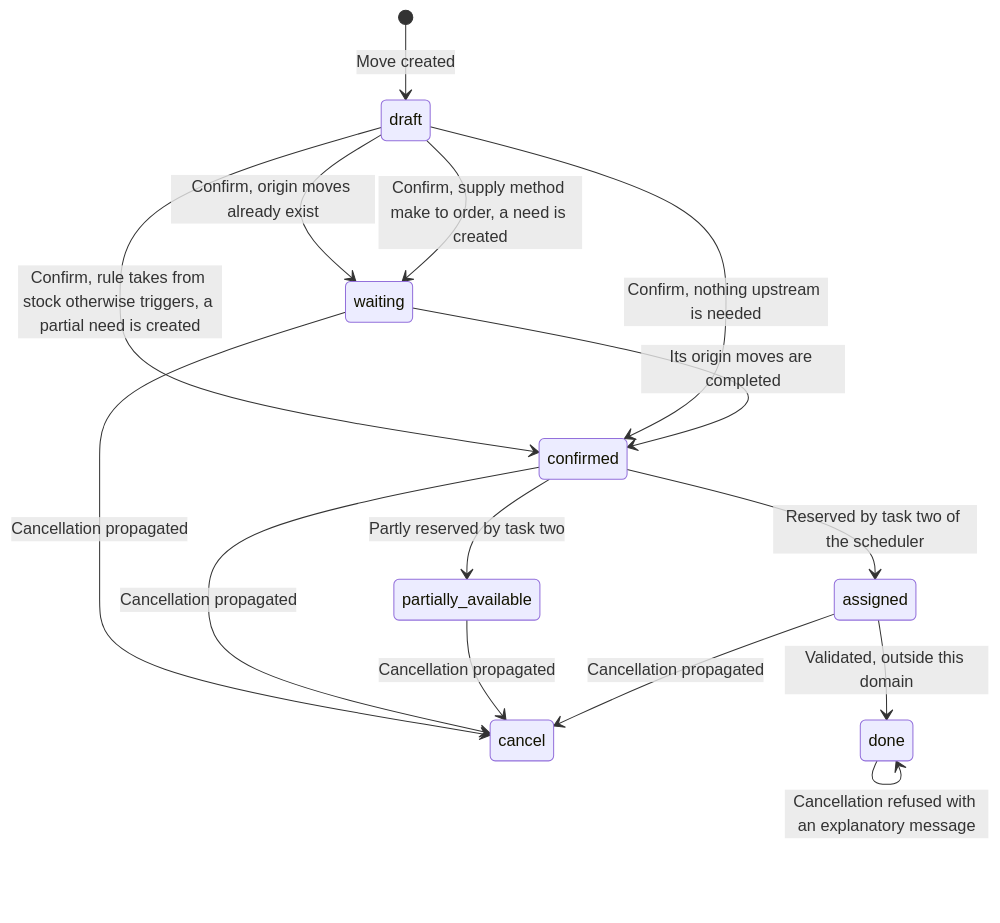
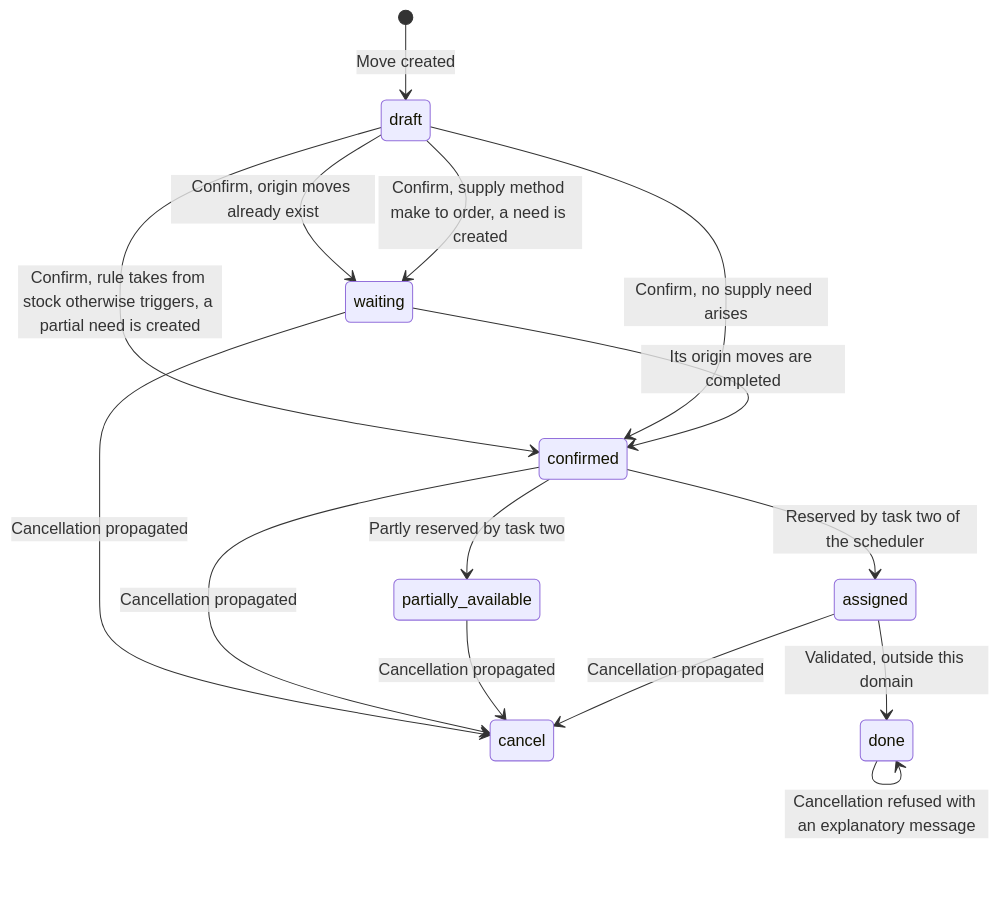
Diagram 19 of 30 in docs/domains/replenishment-and-procurement/state-machines.md (vast-development-method/odoo-doc), drawn with Mermaid before and after one commit. The commit also changed 30 other files, not shown here.

````diff
--- a/docs/domains/replenishment-and-procurement/state-machines.md
+++ b/docs/domains/replenishment-and-procurement/state-machines.md
@@ -1144,17 +1144,17 @@
 ```mermaid
 stateDiagram-v2
     [*] --> draft: Move created
     draft --> waiting: Confirm, origin moves already exist
     draft --> waiting: Confirm, supply method make to order, a need is created
     draft --> confirmed: Confirm, rule takes from stock otherwise triggers, a partial need is created
-    draft --> confirmed: Confirm, nothing upstream is needed
+    draft --> confirmed: Confirm, no supply need arises
     confirmed --> assigned: Reserved by task two of the scheduler
     confirmed --> partially_available: Partly reserved by task two
     waiting --> confirmed: Its origin moves are completed
     waiting --> cancel: Cancellation propagated
     confirmed --> cancel: Cancellation propagated
     partially_available --> cancel: Cancellation propagated
     assigned --> cancel: Cancellation propagated
     assigned --> done: Validated, outside this domain
     done --> done: Cancellation refused with an explanatory message
 ```
````
